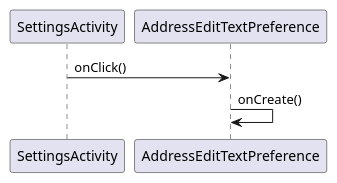
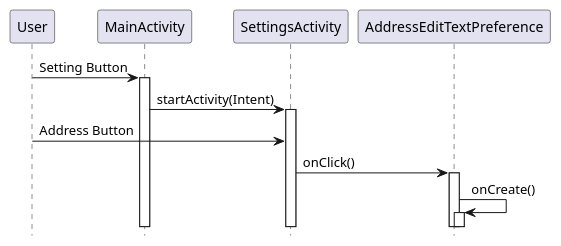
Before and after one commit to Kayu/COEN390: the diagram in app/src/main/java/Diagrams/Settings Sequence Diagram.puml, drawn with PlantUML. The commit also changed 10 other files, not shown here.

Commit message:
added diagrams

```diff
--- a/app/src/main/java/Diagrams/Settings Sequence Diagram.puml
+++ b/app/src/main/java/Diagrams/Settings Sequence Diagram.puml
@@ -1,5 +1,12 @@
 @startuml
+User -> MainActivity: Setting Button
+activate MainActivity
+MainActivity->SettingsActivity:startActivity(Intent)
+activate SettingsActivity
+User -> SettingsActivity:Address Button
 SettingsActivity->AddressEditTextPreference:onClick()
+activate AddressEditTextPreference
 AddressEditTextPreference->AddressEditTextPreference:onCreate()
-
+activate AddressEditTextPreference
+hide footbox
 @enduml
```
